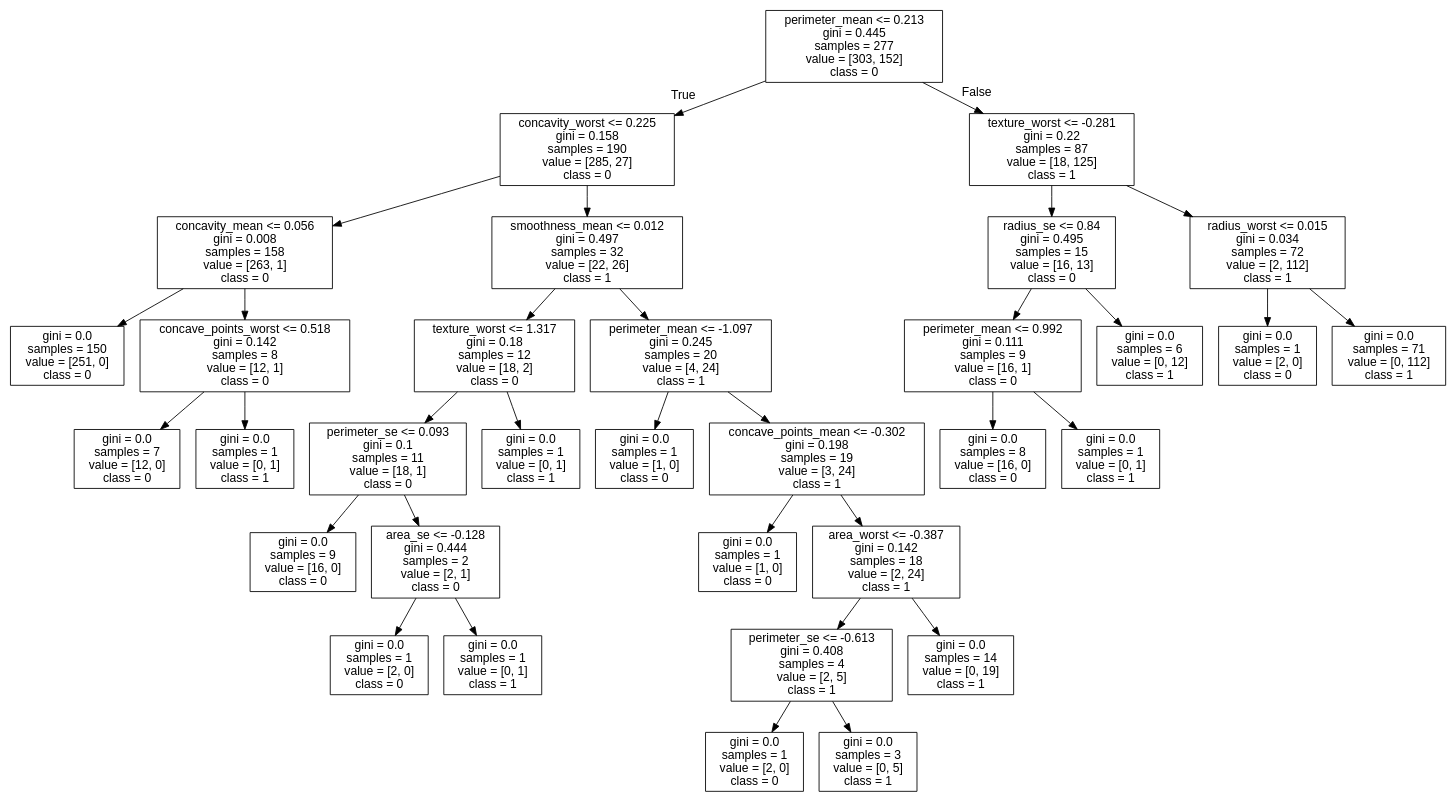
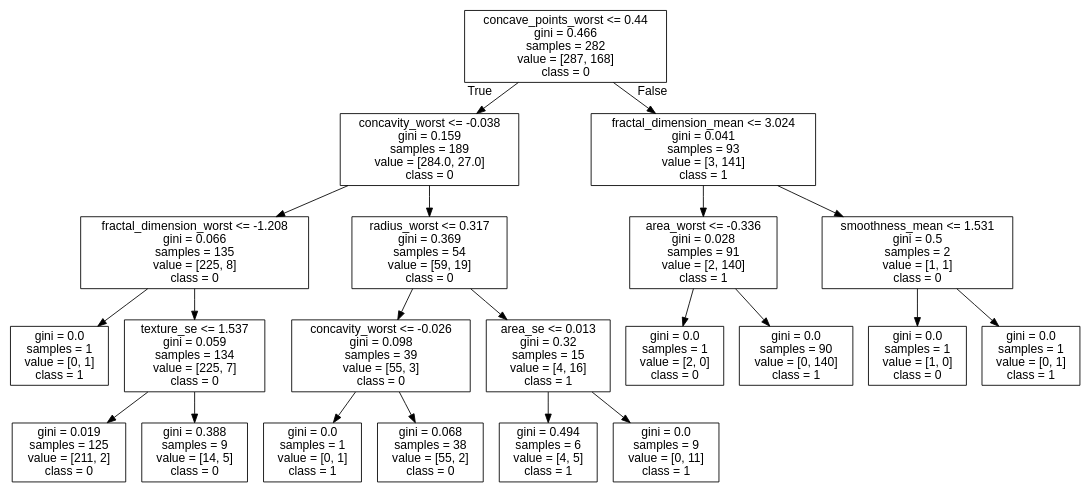
Before and after one commit to cyrilvincent/ML: the diagram in data/breast-cancer/tree.dot, drawn with Graphviz. The commit also changed 4 other files, not shown here.

```diff
--- a/data/breast-cancer/tree.dot
+++ b/data/breast-cancer/tree.dot
@@ -1,69 +1,45 @@
 digraph Tree {
 node [shape=box, fontname="helvetica"] ;
 edge [fontname="helvetica"] ;
-0 [label="perimeter_mean <= 0.213\ngini = 0.445\nsamples = 277\nvalue = [303, 152]\nclass = 0"] ;
-1 [label="concavity_worst <= 0.225\ngini = 0.158\nsamples = 190\nvalue = [285, 27]\nclass = 0"] ;
+0 [label="concave_points_worst <= 0.44\ngini = 0.466\nsamples = 282\nvalue = [287, 168]\nclass = 0"] ;
+1 [label="concavity_worst <= -0.038\ngini = 0.159\nsamples = 189\nvalue = [284.0, 27.0]\nclass = 0"] ;
 0 -> 1 [labeldistance=2.5, labelangle=45, headlabel="True"] ;
-2 [label="concavity_mean <= 0.056\ngini = 0.008\nsamples = 158\nvalue = [263, 1]\nclass = 0"] ;
+2 [label="fractal_dimension_worst <= -1.208\ngini = 0.066\nsamples = 135\nvalue = [225, 8]\nclass = 0"] ;
 1 -> 2 ;
-3 [label="gini = 0.0\nsamples = 150\nvalue = [251, 0]\nclass = 0"] ;
+3 [label="gini = 0.0\nsamples = 1\nvalue = [0, 1]\nclass = 1"] ;
 2 -> 3 ;
-4 [label="concave_points_worst <= 0.518\ngini = 0.142\nsamples = 8\nvalue = [12, 1]\nclass = 0"] ;
+4 [label="texture_se <= 1.537\ngini = 0.059\nsamples = 134\nvalue = [225, 7]\nclass = 0"] ;
 2 -> 4 ;
-5 [label="gini = 0.0\nsamples = 7\nvalue = [12, 0]\nclass = 0"] ;
+5 [label="gini = 0.019\nsamples = 125\nvalue = [211, 2]\nclass = 0"] ;
 4 -> 5 ;
-6 [label="gini = 0.0\nsamples = 1\nvalue = [0, 1]\nclass = 1"] ;
+6 [label="gini = 0.388\nsamples = 9\nvalue = [14, 5]\nclass = 0"] ;
 4 -> 6 ;
-7 [label="smoothness_mean <= 0.012\ngini = 0.497\nsamples = 32\nvalue = [22, 26]\nclass = 1"] ;
+7 [label="radius_worst <= 0.317\ngini = 0.369\nsamples = 54\nvalue = [59, 19]\nclass = 0"] ;
 1 -> 7 ;
-8 [label="texture_worst <= 1.317\ngini = 0.18\nsamples = 12\nvalue = [18, 2]\nclass = 0"] ;
+8 [label="concavity_worst <= -0.026\ngini = 0.098\nsamples = 39\nvalue = [55, 3]\nclass = 0"] ;
 7 -> 8 ;
-9 [label="perimeter_se <= 0.093\ngini = 0.1\nsamples = 11\nvalue = [18, 1]\nclass = 0"] ;
+9 [label="gini = 0.0\nsamples = 1\nvalue = [0, 1]\nclass = 1"] ;
 8 -> 9 ;
-10 [label="gini = 0.0\nsamples = 9\nvalue = [16, 0]\nclass = 0"] ;
-9 -> 10 ;
-11 [label="area_se <= -0.128\ngini = 0.444\nsamples = 2\nvalue = [2, 1]\nclass = 0"] ;
-9 -> 11 ;
-12 [label="gini = 0.0\nsamples = 1\nvalue = [2, 0]\nclass = 0"] ;
+10 [label="gini = 0.068\nsamples = 38\nvalue = [55, 2]\nclass = 0"] ;
+8 -> 10 ;
+11 [label="area_se <= 0.013\ngini = 0.32\nsamples = 15\nvalue = [4, 16]\nclass = 1"] ;
+7 -> 11 ;
+12 [label="gini = 0.494\nsamples = 6\nvalue = [4, 5]\nclass = 1"] ;
 11 -> 12 ;
-13 [label="gini = 0.0\nsamples = 1\nvalue = [0, 1]\nclass = 1"] ;
+13 [label="gini = 0.0\nsamples = 9\nvalue = [0, 11]\nclass = 1"] ;
 11 -> 13 ;
-14 [label="gini = 0.0\nsamples = 1\nvalue = [0, 1]\nclass = 1"] ;
-8 -> 14 ;
-15 [label="perimeter_mean <= -1.097\ngini = 0.245\nsamples = 20\nvalue = [4, 24]\nclass = 1"] ;
-7 -> 15 ;
-16 [label="gini = 0.0\nsamples = 1\nvalue = [1, 0]\nclass = 0"] ;
+14 [label="fractal_dimension_mean <= 3.024\ngini = 0.041\nsamples = 93\nvalue = [3, 141]\nclass = 1"] ;
+0 -> 14 [labeldistance=2.5, labelangle=-45, headlabel="False"] ;
+15 [label="area_worst <= -0.336\ngini = 0.028\nsamples = 91\nvalue = [2, 140]\nclass = 1"] ;
+14 -> 15 ;
+16 [label="gini = 0.0\nsamples = 1\nvalue = [2, 0]\nclass = 0"] ;
 15 -> 16 ;
-17 [label="concave_points_mean <= -0.302\ngini = 0.198\nsamples = 19\nvalue = [3, 24]\nclass = 1"] ;
+17 [label="gini = 0.0\nsamples = 90\nvalue = [0, 140]\nclass = 1"] ;
 15 -> 17 ;
-18 [label="gini = 0.0\nsamples = 1\nvalue = [1, 0]\nclass = 0"] ;
-17 -> 18 ;
-19 [label="area_worst <= -0.387\ngini = 0.142\nsamples = 18\nvalue = [2, 24]\nclass = 1"] ;
-17 -> 19 ;
-20 [label="perimeter_se <= -0.613\ngini = 0.408\nsamples = 4\nvalue = [2, 5]\nclass = 1"] ;
-19 -> 20 ;
-21 [label="gini = 0.0\nsamples = 1\nvalue = [2, 0]\nclass = 0"] ;
-20 -> 21 ;
-22 [label="gini = 0.0\nsamples = 3\nvalue = [0, 5]\nclass = 1"] ;
-20 -> 22 ;
-23 [label="gini = 0.0\nsamples = 14\nvalue = [0, 19]\nclass = 1"] ;
-19 -> 23 ;
-24 [label="texture_worst <= -0.281\ngini = 0.22\nsamples = 87\nvalue = [18, 125]\nclass = 1"] ;
-0 -> 24 [labeldistance=2.5, labelangle=-45, headlabel="False"] ;
-25 [label="radius_se <= 0.84\ngini = 0.495\nsamples = 15\nvalue = [16, 13]\nclass = 0"] ;
-24 -> 25 ;
-26 [label="perimeter_mean <= 0.992\ngini = 0.111\nsamples = 9\nvalue = [16, 1]\nclass = 0"] ;
-25 -> 26 ;
-27 [label="gini = 0.0\nsamples = 8\nvalue = [16, 0]\nclass = 0"] ;
-26 -> 27 ;
-28 [label="gini = 0.0\nsamples = 1\nvalue = [0, 1]\nclass = 1"] ;
-26 -> 28 ;
-29 [label="gini = 0.0\nsamples = 6\nvalue = [0, 12]\nclass = 1"] ;
-25 -> 29 ;
-30 [label="radius_worst <= 0.015\ngini = 0.034\nsamples = 72\nvalue = [2, 112]\nclass = 1"] ;
-24 -> 30 ;
-31 [label="gini = 0.0\nsamples = 1\nvalue = [2, 0]\nclass = 0"] ;
-30 -> 31 ;
-32 [label="gini = 0.0\nsamples = 71\nvalue = [0, 112]\nclass = 1"] ;
-30 -> 32 ;
+18 [label="smoothness_mean <= 1.531\ngini = 0.5\nsamples = 2\nvalue = [1, 1]\nclass = 0"] ;
+14 -> 18 ;
+19 [label="gini = 0.0\nsamples = 1\nvalue = [1, 0]\nclass = 0"] ;
+18 -> 19 ;
+20 [label="gini = 0.0\nsamples = 1\nvalue = [0, 1]\nclass = 1"] ;
+18 -> 20 ;
 }
```
